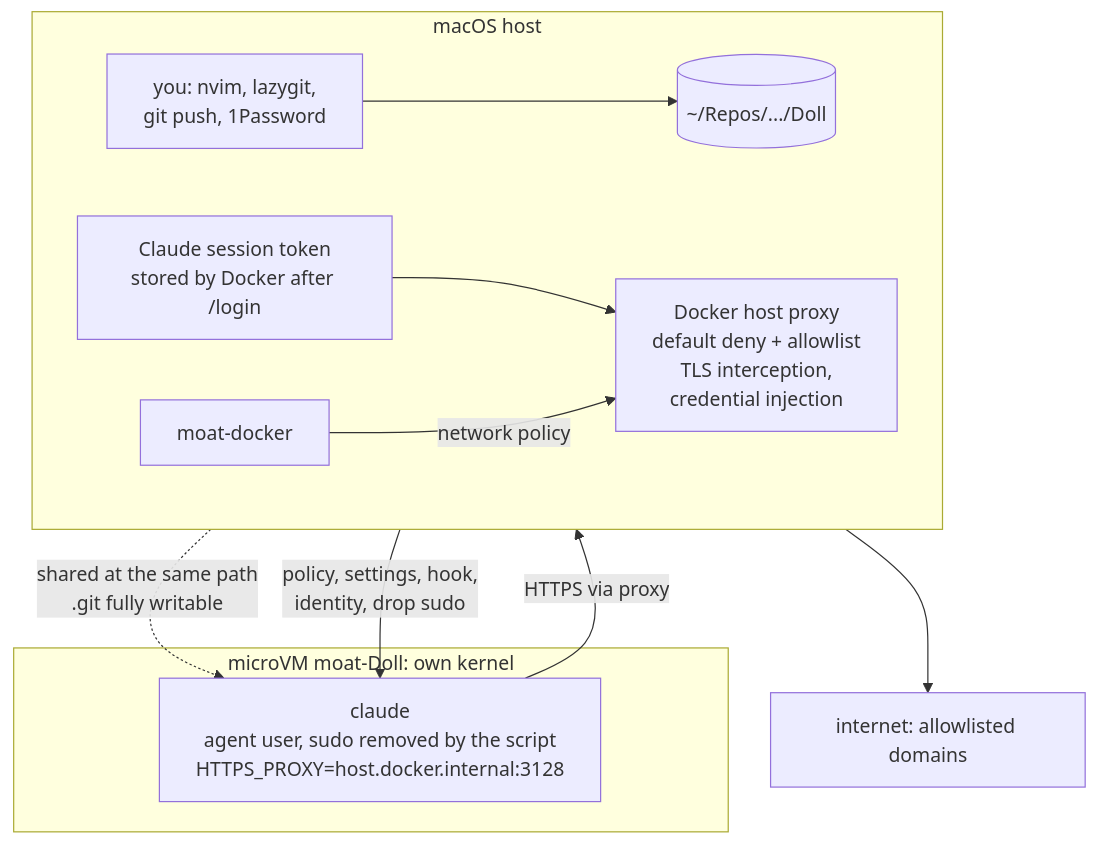
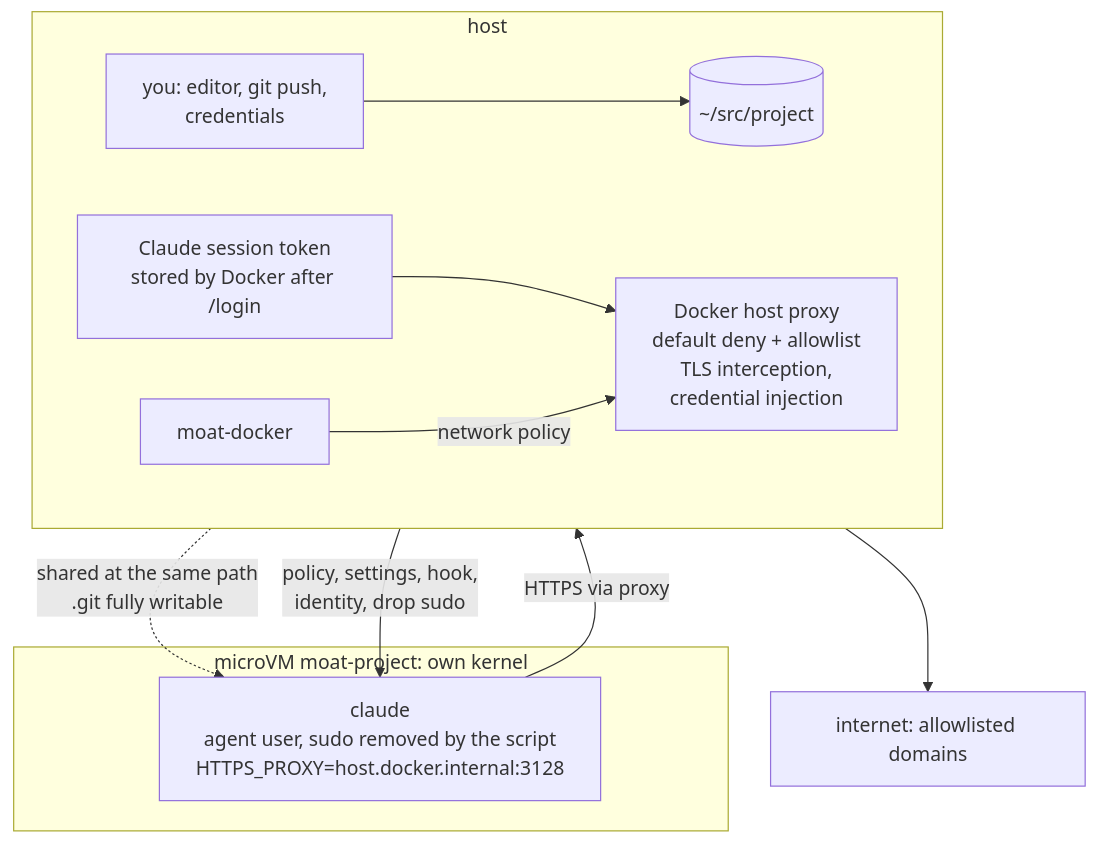
One commit to marhaasa/eredo changed the second of 7 diagrams in ARCHITECTURE.md. Above: the diagram before and after it, drawn with Mermaid. The commit also changed other lines of this file and 1 other file, not shown here.

Commit message:
docs: generic host, paths and workflow wording

````diff
--- a/ARCHITECTURE.md
+++ b/ARCHITECTURE.md
@@ -52,22 +52,22 @@
 ```mermaid
 flowchart TB
-  subgraph host["macOS host"]
+  subgraph host["host"]
     direction LR
-    you["you: nvim, lazygit,<br/>git push, 1Password"]
-    repo[("~/Repos/.../Doll")]
+    you["you: editor, git push,<br/>credentials"]
+    repo[("~/src/project")]
     cred["Claude session token<br/>stored by Docker after /login"]
     dproxy["Docker host proxy<br/>default deny + allowlist<br/>TLS interception,<br/>credential injection"]
     script["moat-docker"]
     you --> repo
     cred --> dproxy
   end
-  subgraph mvm["microVM moat-Doll: own kernel"]
+  subgraph mvm["microVM moat-project: own kernel"]
     agent["claude<br/>agent user, sudo removed by the script<br/>HTTPS_PROXY=host.docker.internal:3128"]
   end
   net["internet: allowlisted domains"]
   repo -. "shared at the same path<br/>.git fully writable" .-> agent
   script -- "policy, settings, hook,<br/>identity, drop sudo" --> agent
   script -- "network policy" --> dproxy
   agent -- "HTTPS via proxy" --> dproxy
   dproxy --> net
 ```
````
